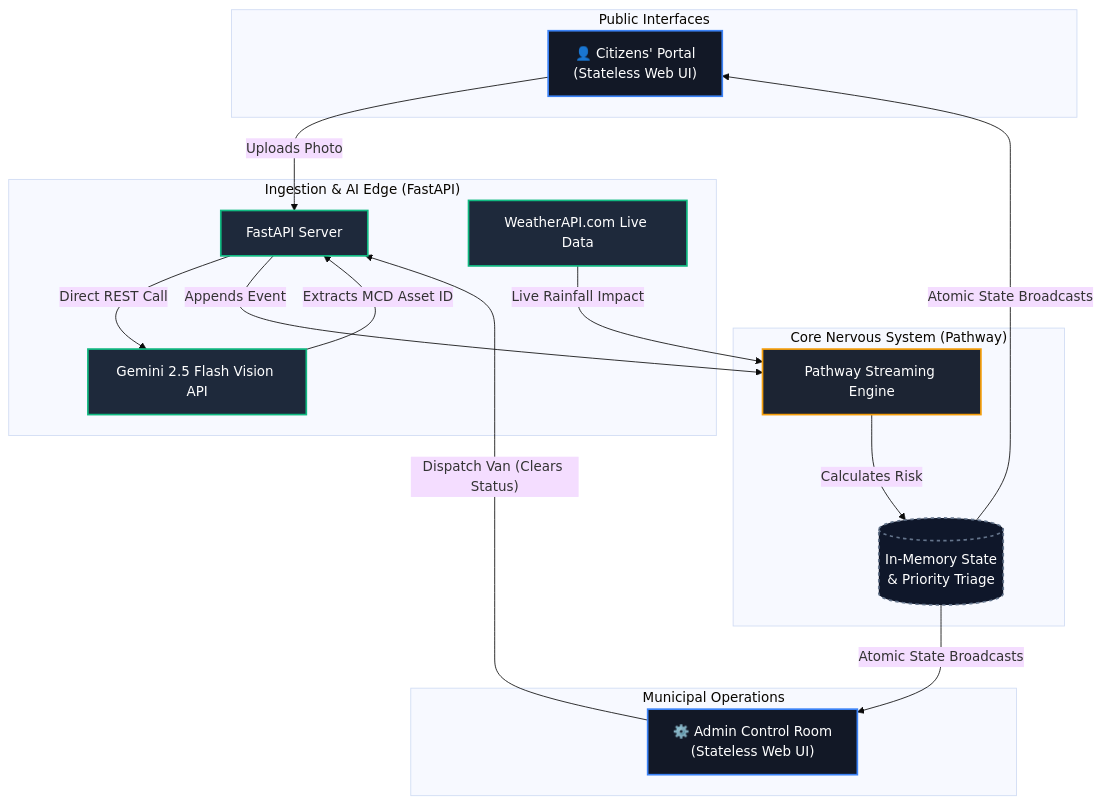
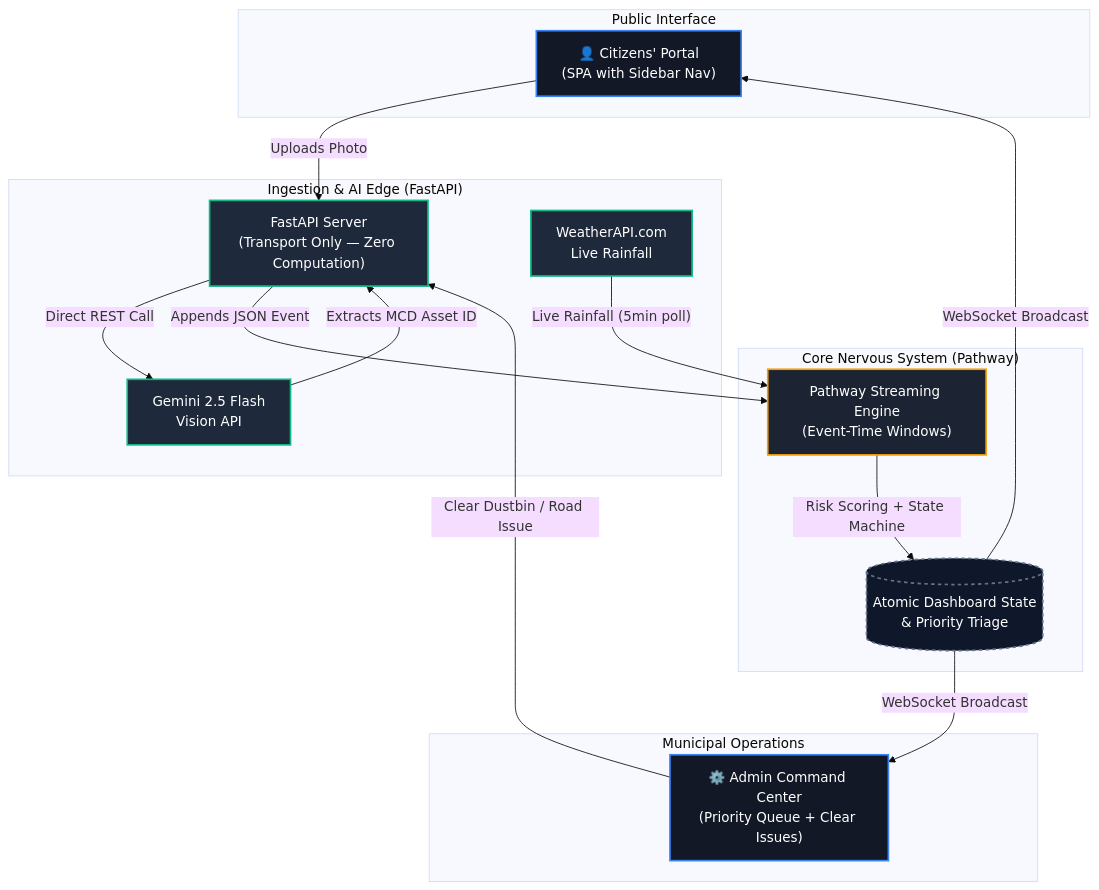
One commit to gintama1018/HACK-FOR-GREEN-BHARAT-HACKATHON changed the first of 3 diagrams in README.md. Above: the diagram before and after it, drawn with Mermaid (base theme). The commit also changed other lines of this file, not shown here.

Commit message:
Docs: Complete README rewrite with MCD govt data source, full API ref, architecture diagrams, and senior-level documentation

````diff
--- a/README.md
+++ b/README.md
@@ -36,41 +81,39 @@
 ```mermaid
 graph TD
-    %% Define Styles
     classDef portal fill:#121826,stroke:#3B82F6,stroke-width:2px,color:#fff
     classDef ai fill:#1E293B,stroke:#10B981,stroke-width:2px,color:#fff
     classDef engine fill:#1C2433,stroke:#F59E0B,stroke-width:2px,color:#fff
     classDef state fill:#0F172A,stroke:#64748B,stroke-width:2px,stroke-dasharray: 4 4,color:#fff
 
-    subgraph "Public Interfaces"
-        citizen["👤 Citizens' Portal<br>(Stateless Web UI)"]:::portal
+    subgraph "Public Interface"
+        citizen["👤 Citizens' Portal<br>(SPA with Sidebar Nav)"]:::portal
     end
 
     subgraph "Municipal Operations"
-        admin["⚙️ Admin Control Room<br>(Stateless Web UI)"]:::portal
+        admin["⚙️ Admin Command Center<br>(Priority Queue + Clear Issues)"]:::portal
     end
 
     subgraph "Ingestion & AI Edge (FastAPI)"
-        api["FastAPI Server"]:::ai
-        gemini["Gemini 2.5 Flash Vision API"]:::ai
-        weather["WeatherAPI.com Live Data"]:::ai
+        api["FastAPI Server<br>(Transport Only — Zero Computation)"]:::ai
+        gemini["Gemini 2.5 Flash<br>Vision API"]:::ai
+        weather["WeatherAPI.com<br>Live Rainfall"]:::ai
     end
 
     subgraph "Core Nervous System (Pathway)"
-        pathway["Pathway Streaming Engine"]:::engine
-        state_db[("In-Memory State<br>& Priority Triage")]:::state
+        pathway["Pathway Streaming Engine<br>(Event-Time Windows)"]:::engine
+        state_db[("Atomic Dashboard State<br>& Priority Triage")]:::state
     end
 
-    %% Flow
     citizen --"Uploads Photo"--> api
     api --"Direct REST Call"--> gemini
     gemini --"Extracts MCD Asset ID"--> api
-    api --"Appends Event"--> pathway
-    
-    weather --"Live Rainfall Impact"--> pathway
-    
-    pathway --"Calculates Risk"--> state_db
-    state_db --"Atomic State Broadcasts"--> admin
-    state_db --"Atomic State Broadcasts"--> citizen
-    
-    admin --"Dispatch Van (Clears Status)"--> api
+    api --"Appends JSON Event"--> pathway
+
+    weather --"Live Rainfall (5min poll)"--> pathway
+
+    pathway --"Risk Scoring + State Machine"--> state_db
+    state_db --"WebSocket Broadcast"--> admin
+    state_db --"WebSocket Broadcast"--> citizen
+
+    admin --"Clear Dustbin / Road Issue"--> api
 ```
````
